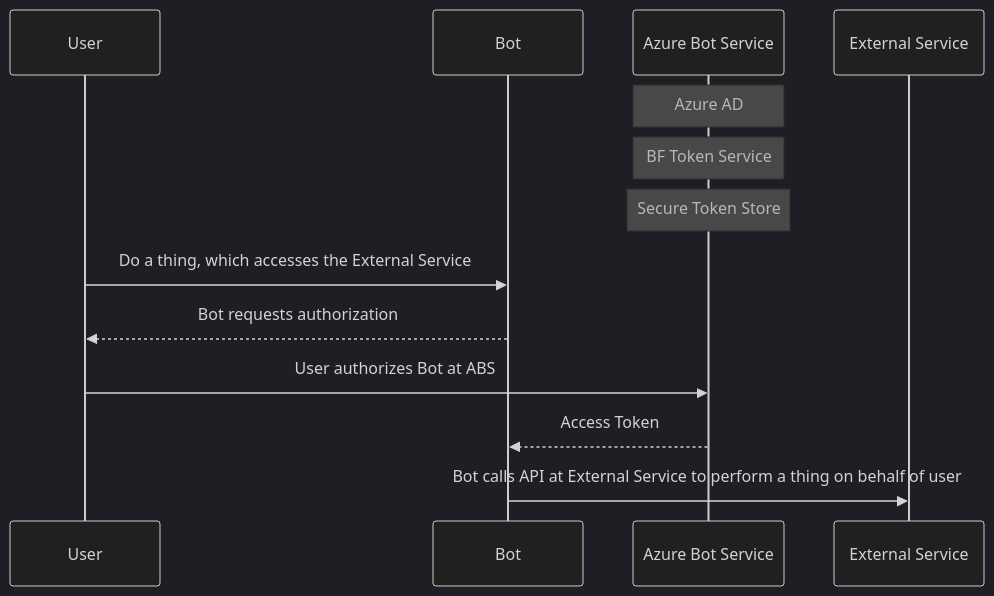
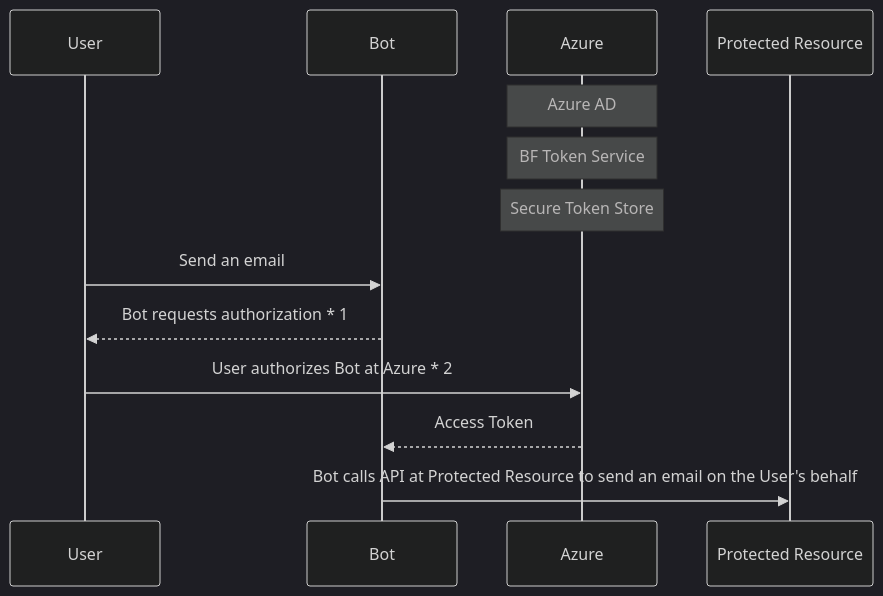
One commit to Zerryth/Mermaid changed the diagram in MarkdownFiles/Authentication/HighLevelViewOfOAuthFlowInBotFramework.md. Above: the diagram before and after it, drawn with Mermaid (dark theme). The commit also changed other lines of this file and 4 other files, not shown here.

Commit message:
Clarified General ActivityFlow diagram per Chris's feedback (loop condition, method call)

````diff
--- a/MarkdownFiles/Authentication/HighLevelViewOfOAuthFlowInBotFramework.md
+++ b/MarkdownFiles/Authentication/HighLevelViewOfOAuthFlowInBotFramework.md
@@ -1,17 +1,17 @@
 ```mermaid
     sequenceDiagram
 
     participant User
     participant Bot
-    participant ABS as Azure Bot Service
-    Note over ABS: Azure AD
-    Note over ABS: BF Token Service
-    Note over ABS: Secure Token Store
-    participant ExtService as External Service
+    participant Azure
+    Note over Azure: Azure AD
+    Note over Azure: BF Token Service
+    Note over Azure: Secure Token Store
+    participant Resource as Protected Resource
     
-    User ->> Bot: Do a thing, which accesses the External Service
-    Bot -->> User: Bot requests authorization
-    User ->> ABS: User authorizes Bot at ABS
-    ABS -->> Bot: Access Token
-    Bot ->> ExtService: Bot calls API at External Service to perform a thing on behalf of user
+    User ->> Bot: Send an email
+    Bot -->> User: Bot requests authorization * 1
+    User ->> Azure: User authorizes Bot at Azure * 2
+    Azure -->> Bot: Access Token
+    Bot ->> Resource: Bot calls API at Protected Resource to send an email on the User's behalf
 ```
````
